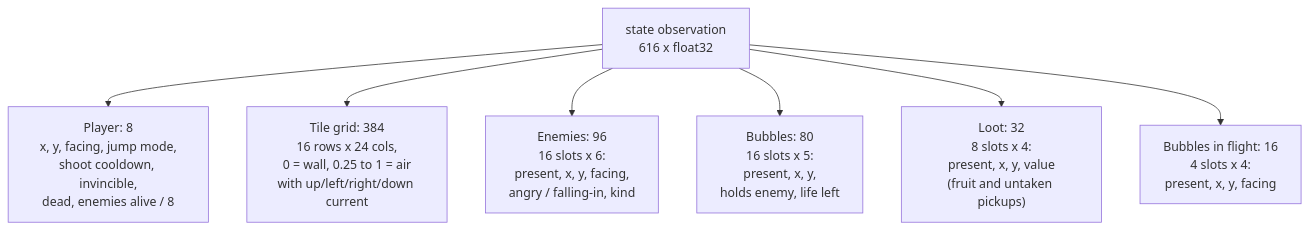
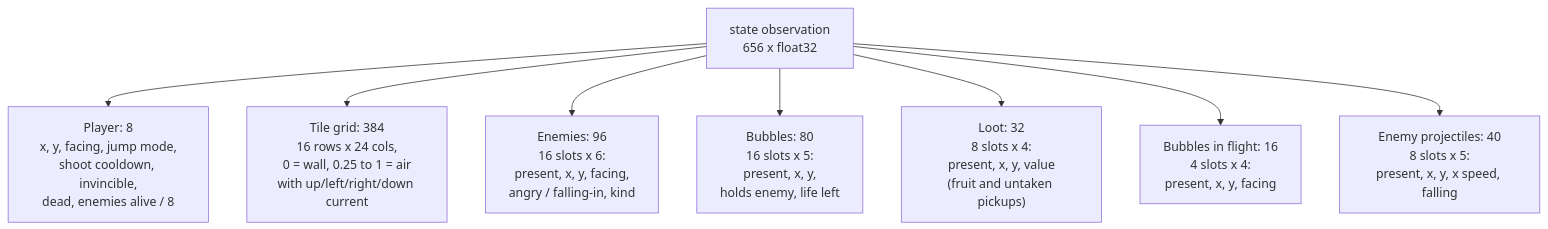
One commit to ScottRLamkin/BubbleBobbleRL changed the second of 5 diagrams in docs/training-setup.md. Above: the diagram before and after it, drawn with Mermaid. The commit also changed other lines of this file and 3 other files, not shown here.

````diff
--- a/docs/training-setup.md
+++ b/docs/training-setup.md
@@ -33,10 +33,11 @@
 ```mermaid
 flowchart TB
-    Obs["state observation<br/>616 x float32"]
+    Obs["state observation<br/>656 x float32"]
     Obs --> P["Player: 8<br/>x, y, facing, jump mode,<br/>shoot cooldown, invincible,<br/>dead, enemies alive / 8"]
     Obs --> G["Tile grid: 384<br/>16 rows x 24 cols,<br/>0 = wall, 0.25 to 1 = air<br/>with up/left/right/down current"]
     Obs --> E["Enemies: 96<br/>16 slots x 6:<br/>present, x, y, facing,<br/>angry / falling-in, kind"]
     Obs --> B["Bubbles: 80<br/>16 slots x 5:<br/>present, x, y,<br/>holds enemy, life left"]
     Obs --> L["Loot: 32<br/>8 slots x 4:<br/>present, x, y, value<br/>(fruit and untaken pickups)"]
     Obs --> F["Bubbles in flight: 16<br/>4 slots x 4:<br/>present, x, y, facing"]
+    Obs --> S["Enemy projectiles: 40<br/>8 slots x 5:<br/>present, x, y, x speed, falling"]
 ```
````
